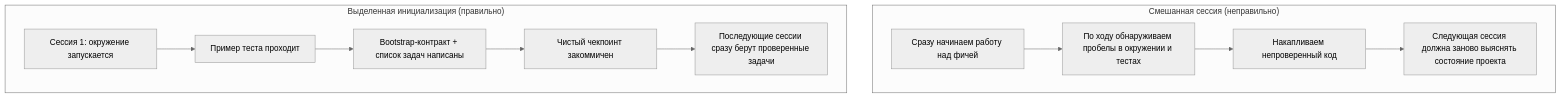
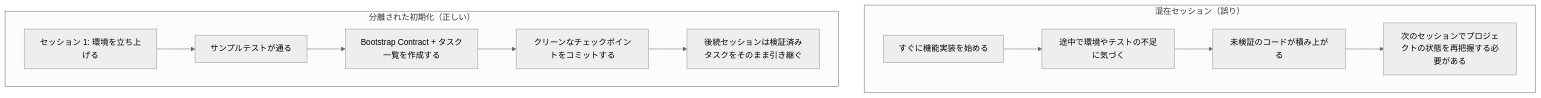
Before and after one commit to mkusaka/learn-harness-engineering: the diagram in docs/ru/lectures/lecture-06-why-initialization-needs-its-own-phase/index.md, drawn with Mermaid (neutral theme). The commit also changed other lines of this file and 571 other files, not shown here.

````diff
--- a/docs/ru/lectures/lecture-06-why-initialization-needs-its-own-phase/index.md
+++ b/docs/ru/lectures/lecture-06-why-initialization-needs-its-own-phase/index.md
@@ -22,15 +22,15 @@
 ```mermaid
 flowchart TB
-    subgraph Wrong["Смешанная сессия (неправильно)"]
-        W1["Сразу начинаем работу над фичей"] --> W2["По ходу обнаруживаем пробелы в окружении и тестах"]
-        W2 --> W3["Накапливаем непроверенный код"]
-        W3 --> W4["Следующая сессия должна заново выяснять состояние проекта"]
+    subgraph Wrong["混在セッション（誤り）"]
+        W1["すぐに機能実装を始める"] --> W2["途中で環境やテストの不足に気づく"]
+        W2 --> W3["未検証のコードが積み上がる"]
+        W3 --> W4["次のセッションでプロジェクトの状態を再把握する必要がある"]
     end
 
-    subgraph Right["Выделенная инициализация (правильно)"]
-        R1["Сессия 1: окружение запускается"] --> R2["Пример теста проходит"]
-        R2 --> R3["Bootstrap-контракт + список задач написаны"]
-        R3 --> R4["Чистый чекпоинт закоммичен"]
-        R4 --> R5["Последующие сессии сразу берут проверенные задачи"]
+    subgraph Right["分離された初期化（正しい）"]
+        R1["セッション 1: 環境を立ち上げる"] --> R2["サンプルテストが通る"]
+        R2 --> R3["Bootstrap Contract + タスク一覧を作成する"]
+        R3 --> R4["クリーンなチェックポイントをコミットする"]
+        R4 --> R5["後続セッションは検証済みタスクをそのまま引き継ぐ"]
     end
 ```
````
